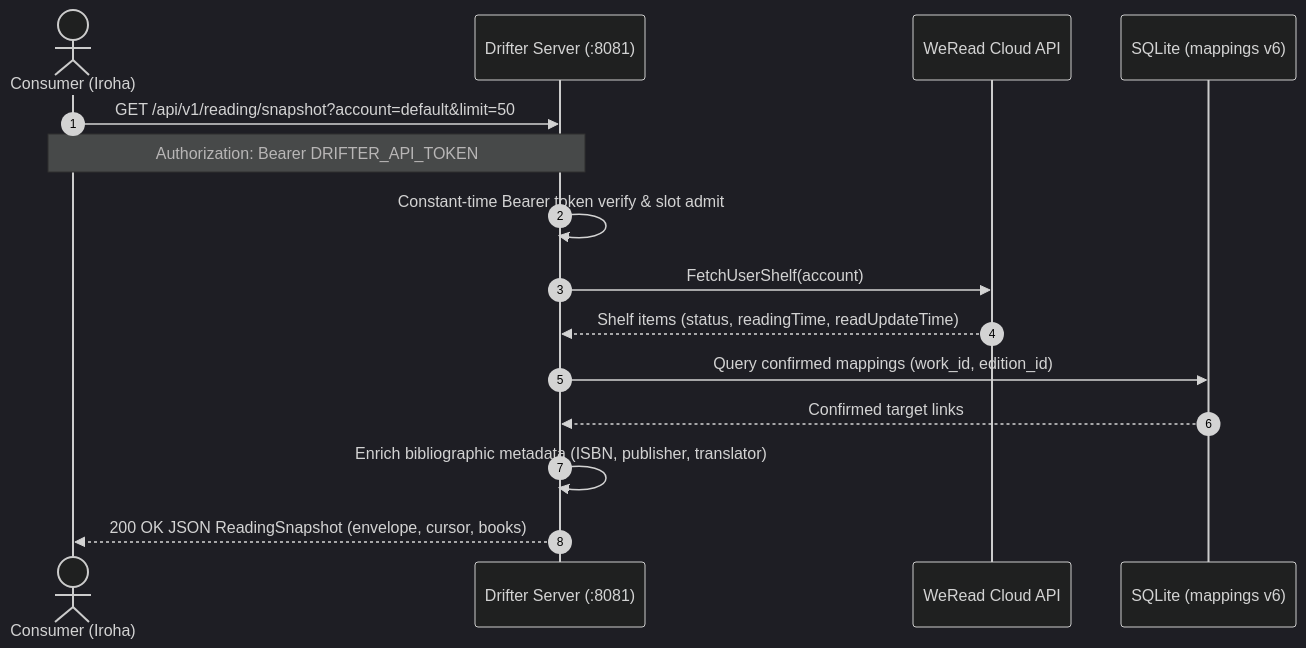
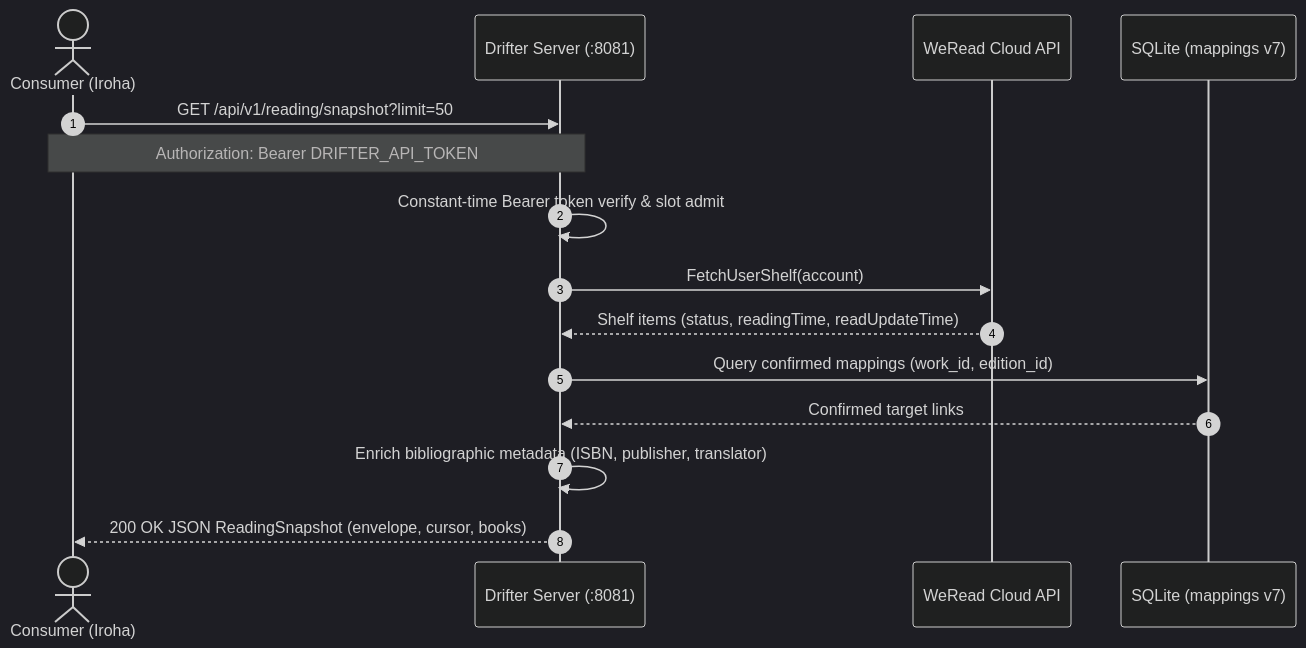
The first of 2 diagrams in docs/server.md (azusachino/drifter), drawn with Mermaid (dark theme) before and after one commit. The commit also changed other lines of this file and 16 other files, not shown here.

First line of the commit message:
feat: timestamp mappings and serve watermarked reading deltas

````diff
--- a/docs/server.md
+++ b/docs/server.md
@@ -87,18 +87,18 @@
 ```mermaid
 sequenceDiagram
   autonumber
   actor Consumer as Consumer (Iroha)
   participant Server as Drifter Server (:8081)
   participant WeRead as WeRead Cloud API
-  participant Store as SQLite (mappings v6)
+  participant Store as SQLite (mappings v7)
 
-  Consumer->>Server: GET /api/v1/reading/snapshot?account=default&limit=50
+  Consumer->>Server: GET /api/v1/reading/snapshot?limit=50
   Note over Consumer,Server: Authorization: Bearer DRIFTER_API_TOKEN
   Server->>Server: Constant-time Bearer token verify & slot admit
   Server->>WeRead: FetchUserShelf(account)
   WeRead-->>Server: Shelf items (status, readingTime, readUpdateTime)
   Server->>Store: Query confirmed mappings (work_id, edition_id)
   Store-->>Server: Confirmed target links
   Server->>Server: Enrich bibliographic metadata (ISBN, publisher, translator)
   Server-->>Consumer: 200 OK JSON ReadingSnapshot (envelope, cursor, books)
 ```
````
